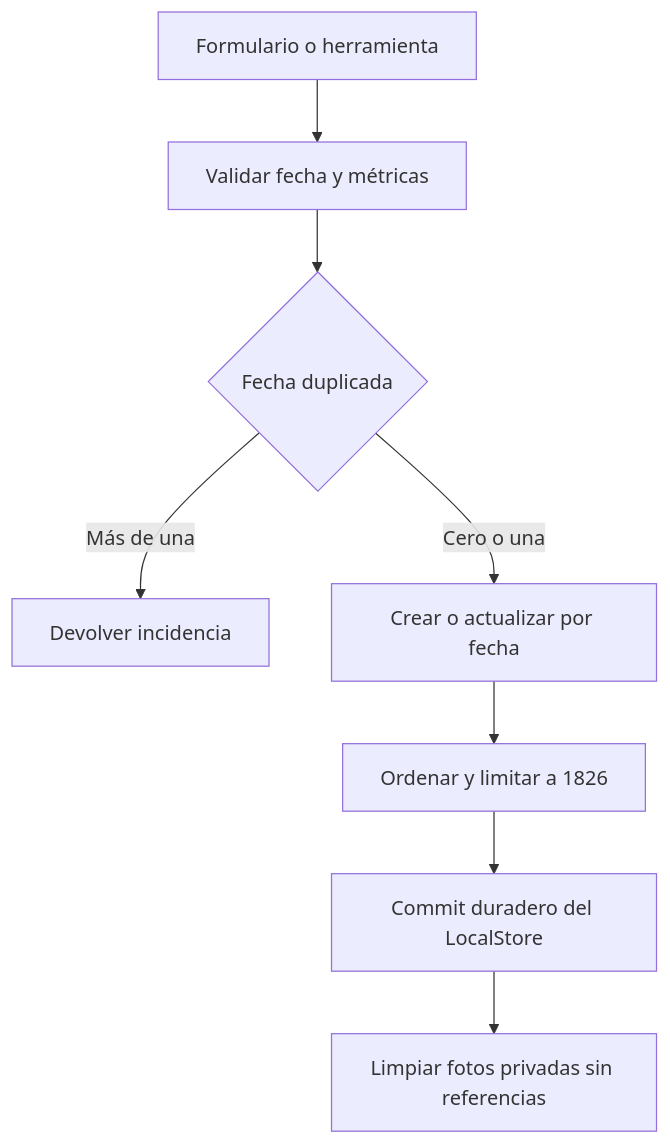
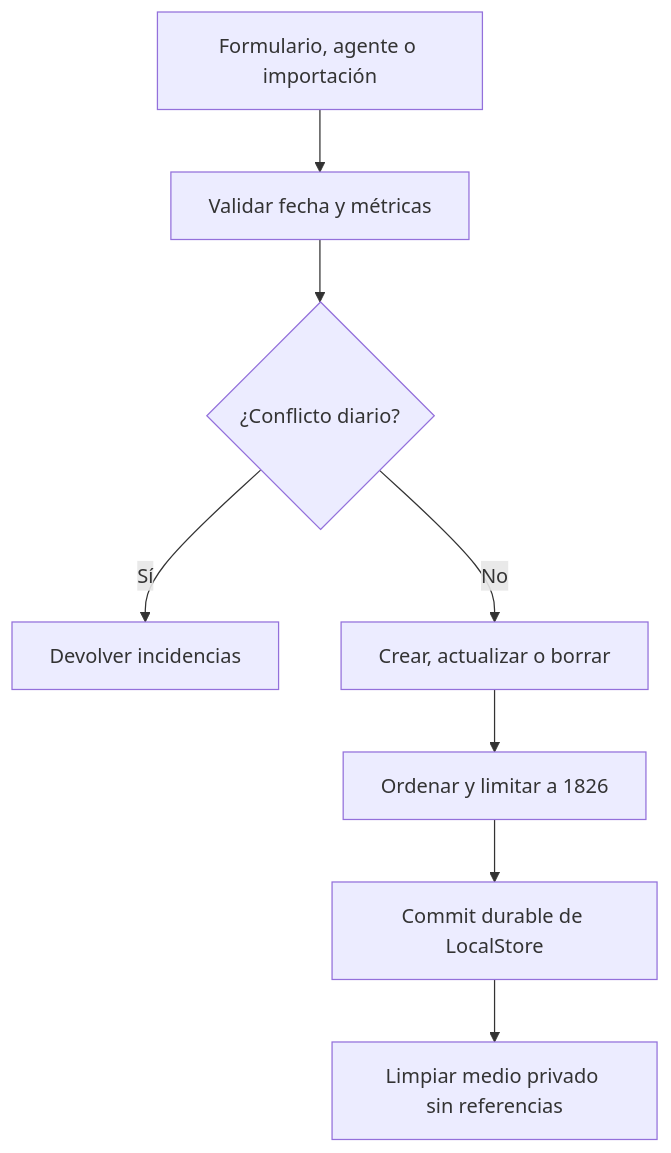
Before and after one commit to maximofn/gymnasia: the first of 2 diagrams in openwiki/mobile/measurements.md, drawn with Mermaid. The commit also changed other lines of this file and 52 other files, not shown here.

````diff
--- a/openwiki/mobile/measurements.md
+++ b/openwiki/mobile/measurements.md
@@ -54,10 +67,10 @@
 ```mermaid
 flowchart TD
-    Input["Formulario o herramienta"] --> Validate["Validar fecha y métricas"]
-    Validate --> Conflict{"Fecha duplicada"}
-    Conflict -->|"Más de una"| Reject["Devolver incidencia"]
-    Conflict -->|"Cero o una"| Mutate["Crear o actualizar por fecha"]
-    Mutate --> Limit["Ordenar y limitar a 1826"]
-    Limit --> Commit["Commit duradero del LocalStore"]
-    Commit --> Cleanup["Limpiar fotos privadas sin referencias"]
+  Input["Formulario, agente o importación"] --> Validate["Validar fecha y métricas"]
+  Validate --> Duplicate{"¿Conflicto diario?"}
+  Duplicate -->|"Sí"| Reject["Devolver incidencias"]
+  Duplicate -->|"No"| Mutate["Crear, actualizar o borrar"]
+  Mutate --> Limit["Ordenar y limitar a 1826"]
+  Limit --> Commit["Commit durable de LocalStore"]
+  Commit --> Clean["Limpiar medio privado sin referencias"]
 ```
````
